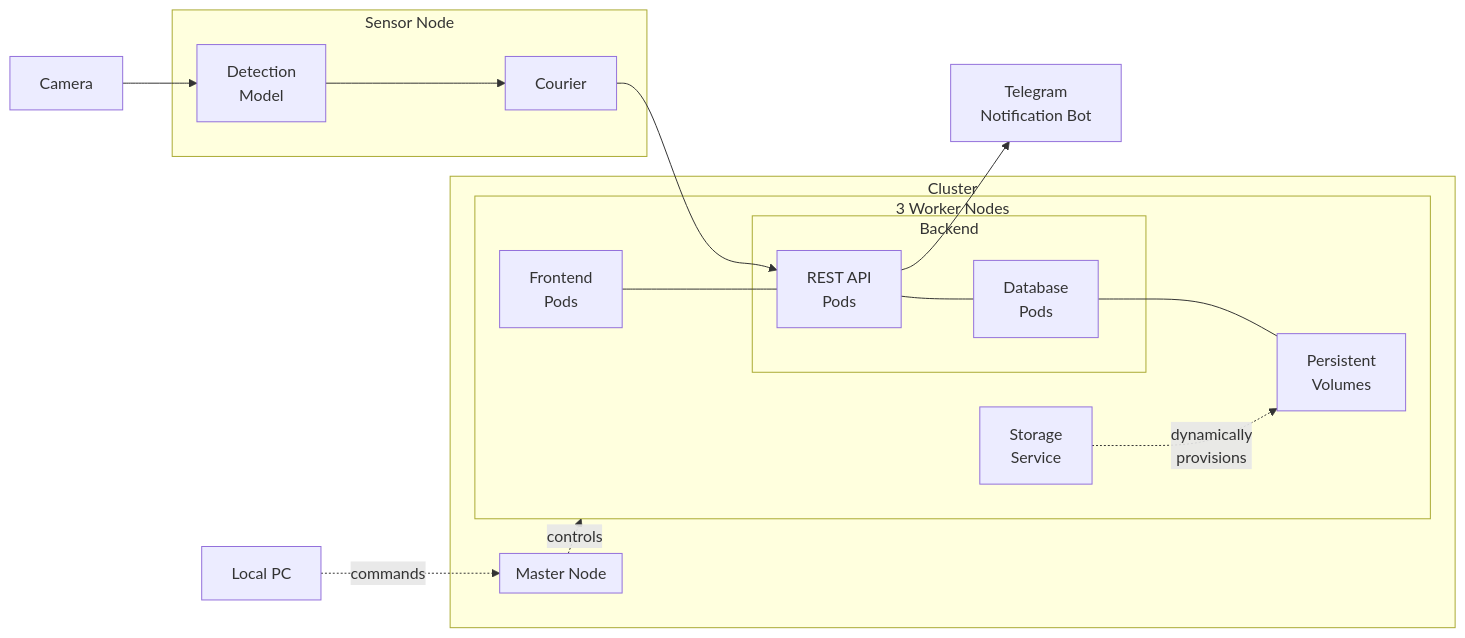
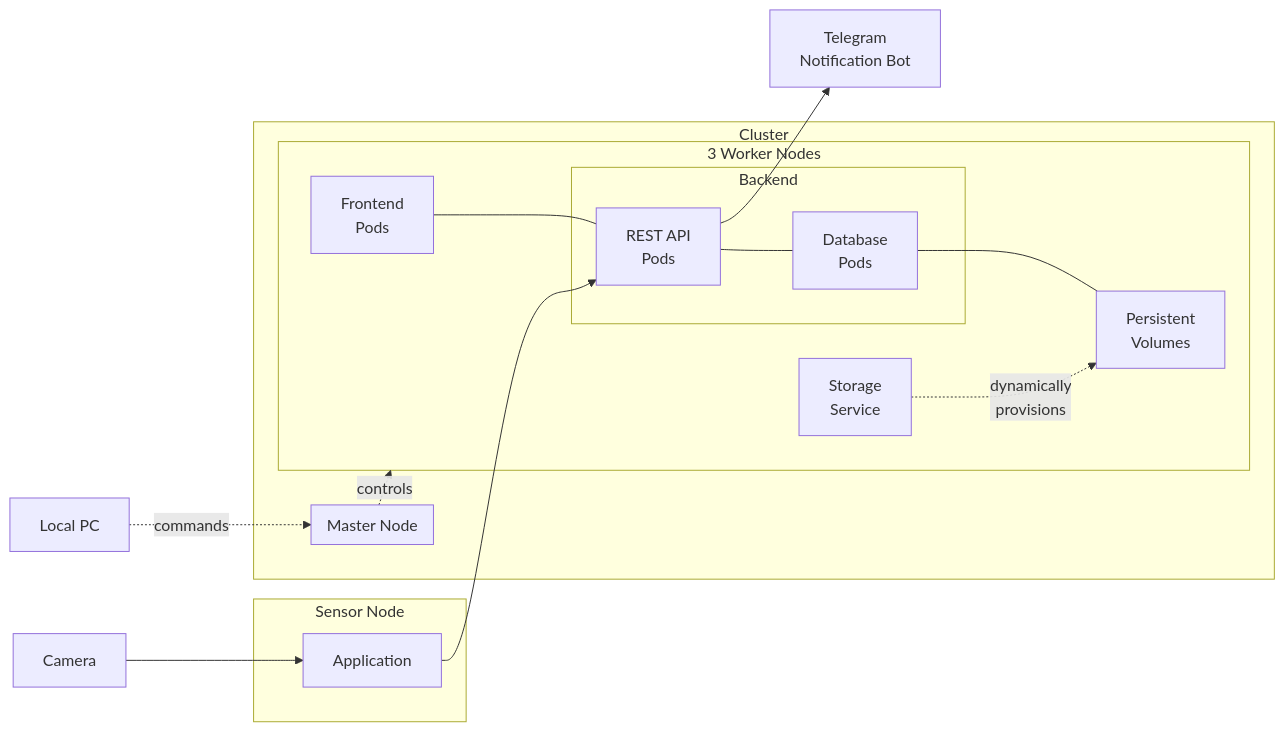
The first of 4 diagrams in docs/Group_2_SS23_ProjectReport.md (ccfrauasgr2/pet-detection), drawn with Mermaid before and after one commit. The commit also changed other lines of this file, not shown here.

````diff
--- a/docs/Group_2_SS23_ProjectReport.md
+++ b/docs/Group_2_SS23_ProjectReport.md
@@ -123,36 +121,35 @@
 ```mermaid
 flowchart LR
   camera[Camera]
 
   subgraph sensornode[Sensor Node]
-    model[Detection\nModel]
-    courier[Courier]
+    app[Application]
   end
 
   subgraph cluster[Cluster]
 
     subgraph masterNode[Master Node]
       
     end
 
     subgraph workerNode[3 Worker Nodes]
       frontendContainer[Frontend\nPods]
       dss[Storage\nService]
       subgraph backendContainer[Backend]
         restapiContainer[REST API\nPods]
         dbmsContainer[Database\nPods]
       end
       persistentVolume[Persistent\nVolumes]
     end 
   end
 
   localPC[Local PC]
   bot[Telegram\nNotification Bot]
 
   restapiContainer --> bot
   localPC -.commands.-> masterNode -.controls.-> workerNode
   frontendContainer --- restapiContainer --- dbmsContainer --- persistentVolume
-  camera --> model --> courier --> restapiContainer
+  camera --> app --> restapiContainer
   dss -.dynamically\nprovisions.-> persistentVolume
   
 ```
````
